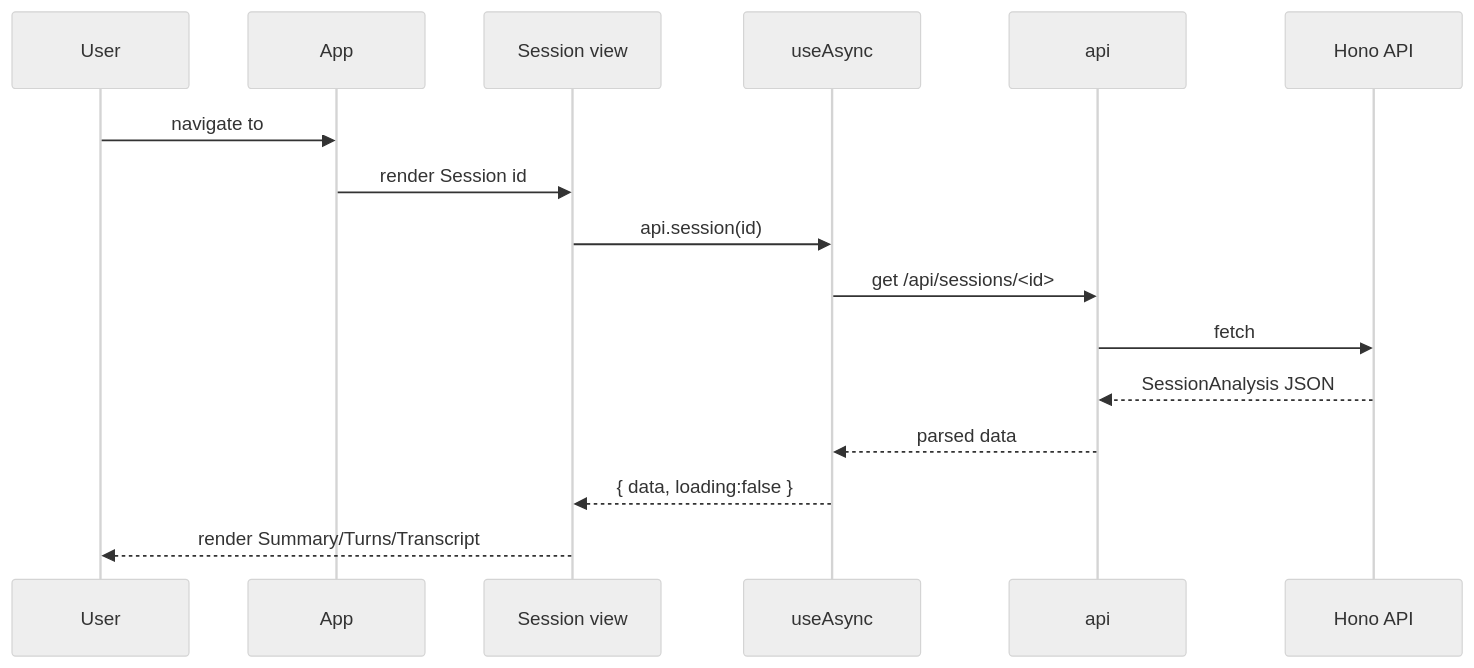
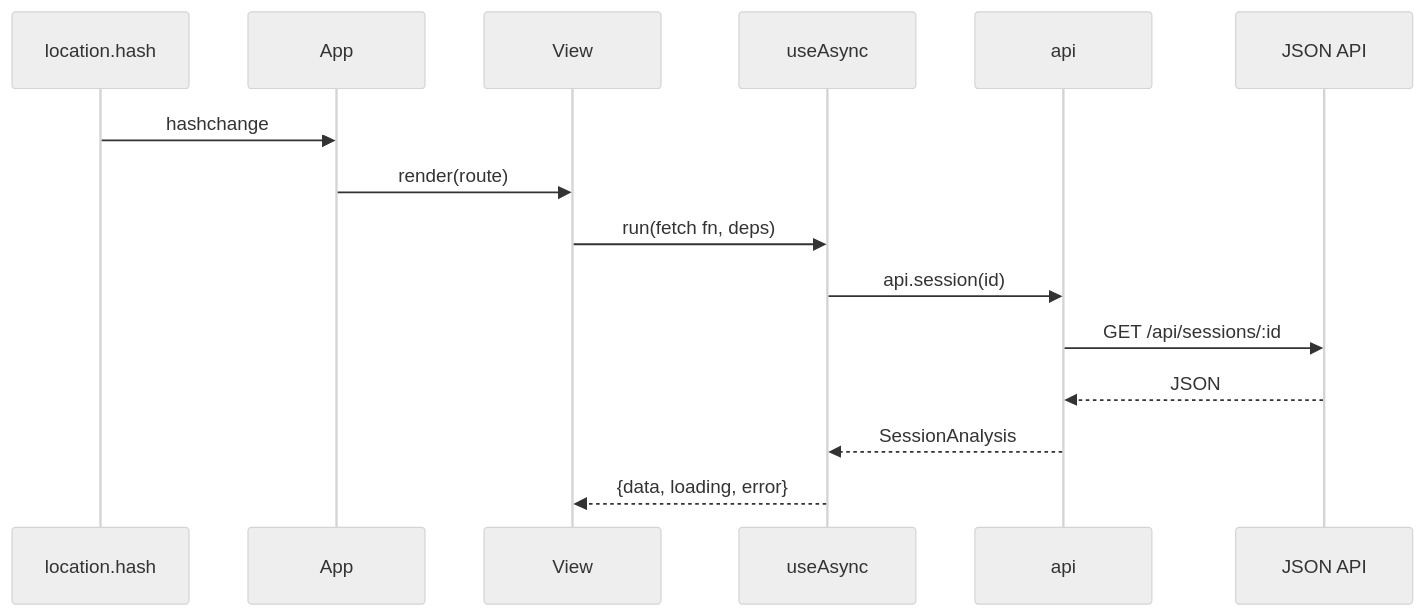
One commit to yorch/cc-analyzer changed the second of 2 diagrams in wiki/6-web-spa-frontend.md. Above: the diagram before and after it, drawn with Mermaid (neutral theme). The commit also changed other lines of this file and 16 other files, not shown here.

````diff
--- a/wiki/6-web-spa-frontend.md
+++ b/wiki/6-web-spa-frontend.md
@@ -114,19 +118,18 @@
 ```mermaid
 sequenceDiagram
-    participant User
+    participant Hash as location.hash
     participant App
-    participant View as Session view
+    participant View
     participant useAsync
     participant api
-    participant Server as Hono API
+    participant Server as JSON API
 
-    User->>App: navigate to #/session/<id>
-    App->>View: render Session id
-    View->>useAsync: api.session(id)
-    useAsync->>api: get /api/sessions/<id>
-    api->>Server: fetch
-    Server-->>api: SessionAnalysis JSON
-    api-->>useAsync: parsed data
-    useAsync-->>View: { data, loading:false }
-    View-->>User: render Summary/Turns/Transcript
+    Hash->>App: hashchange
+    App->>View: render(route)
+    View->>useAsync: run(fetch fn, deps)
+    useAsync->>api: api.session(id)
+    api->>Server: GET /api/sessions/:id
+    Server-->>api: JSON
+    api-->>useAsync: SessionAnalysis
+    useAsync-->>View: {data, loading, error}
 ```
````
